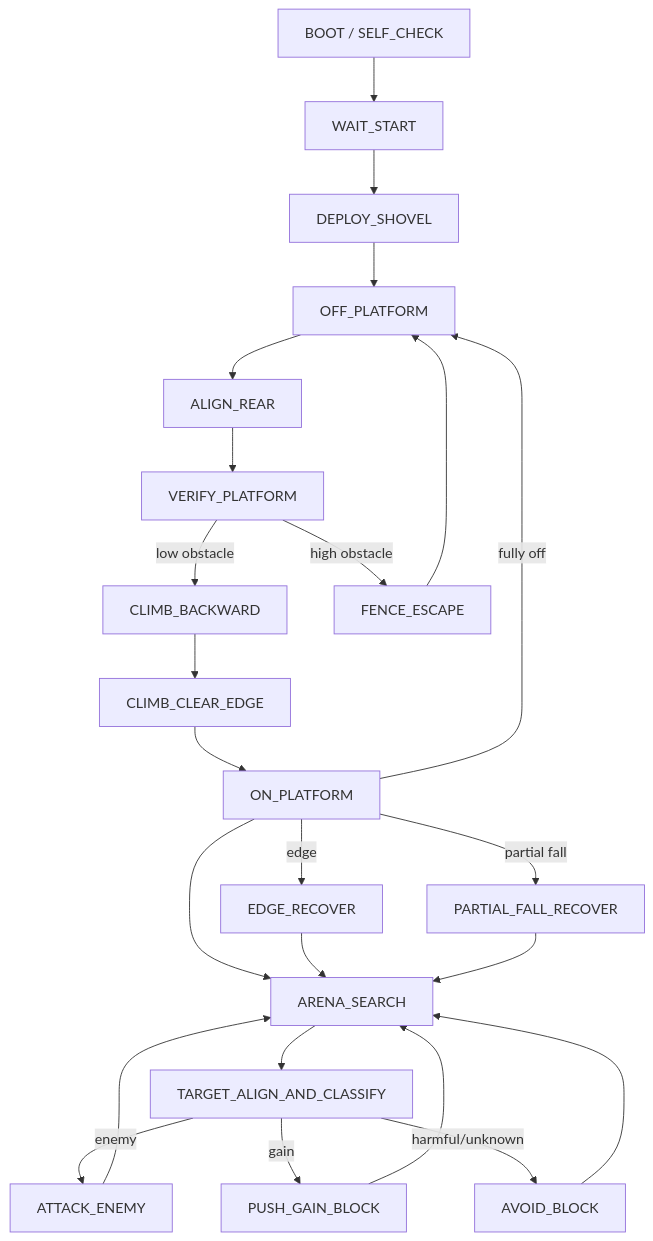
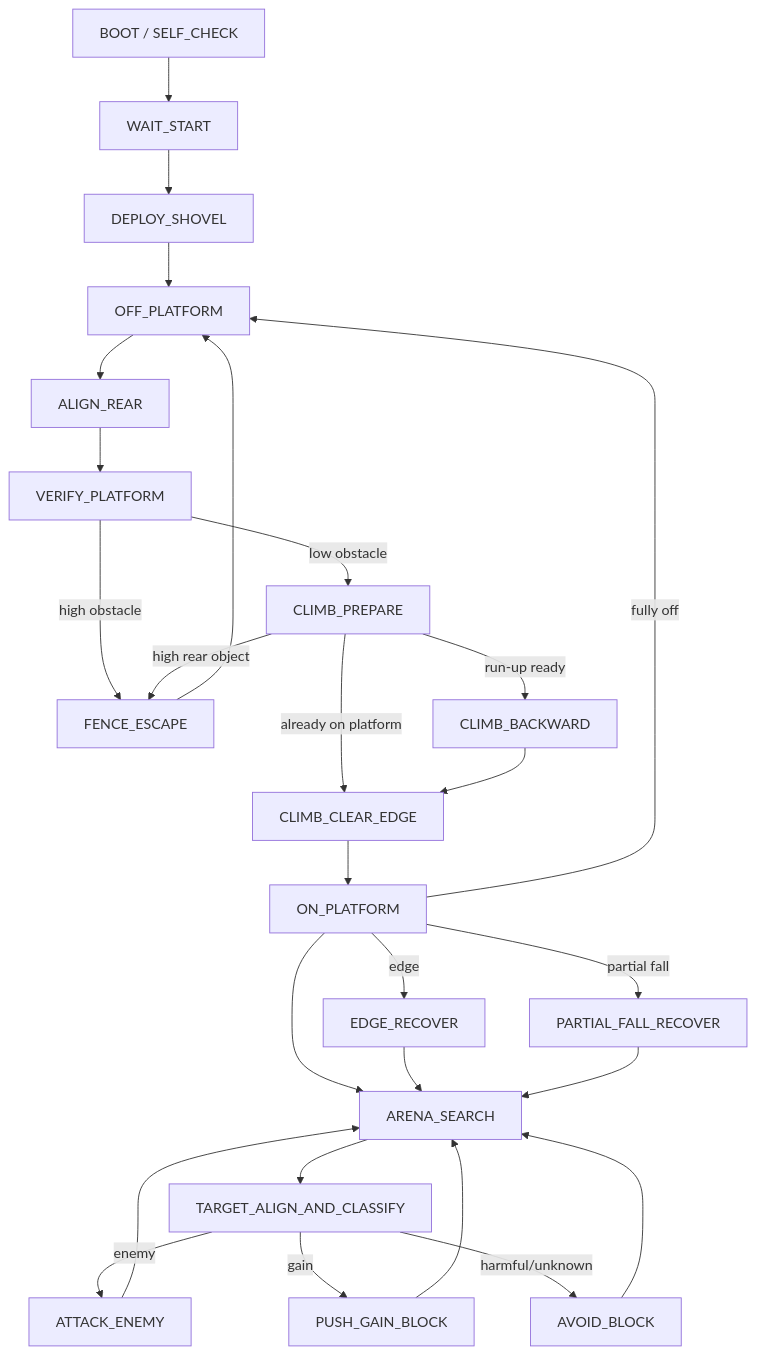
One commit to a-dreaming-alpaca/WheelFight changed the diagram in 0_FinalSourceCode/BEHAVIOR_DESIGN.md. Above: the diagram before and after it, drawn with Mermaid. The commit also changed other lines of this file and 3 other files, not shown here.

````diff
--- a/0_FinalSourceCode/BEHAVIOR_DESIGN.md
+++ b/0_FinalSourceCode/BEHAVIOR_DESIGN.md
@@ -135,26 +135,29 @@
 ```mermaid
 flowchart TD
     BOOT["BOOT / SELF_CHECK"] --> WAIT["WAIT_START"]
     WAIT --> DEPLOY["DEPLOY_SHOVEL"]
     DEPLOY --> GROUND["OFF_PLATFORM"]
     GROUND --> ALIGN["ALIGN_REAR"]
     ALIGN --> VERIFY["VERIFY_PLATFORM"]
-    VERIFY -->|"low obstacle"| CLIMB["CLIMB_BACKWARD"]
+    VERIFY -->|"low obstacle"| PREPARE["CLIMB_PREPARE"]
     VERIFY -->|"high obstacle"| FENCE["FENCE_ESCAPE"]
+    PREPARE -->|"run-up ready"| CLIMB["CLIMB_BACKWARD"]
+    PREPARE -->|"high rear object"| FENCE
+    PREPARE -->|"already on platform"| CLEAR["CLIMB_CLEAR_EDGE"]
     FENCE --> GROUND
-    CLIMB --> CLEAR["CLIMB_CLEAR_EDGE"]
+    CLIMB --> CLEAR
     CLEAR --> ARENA["ON_PLATFORM"]
     ARENA --> SEARCH["ARENA_SEARCH"]
     SEARCH --> TARGET["TARGET_ALIGN_AND_CLASSIFY"]
     TARGET -->|"enemy"| ATTACK["ATTACK_ENEMY"]
     TARGET -->|"gain"| PUSH["PUSH_GAIN_BLOCK"]
     TARGET -->|"harmful/unknown"| AVOID["AVOID_BLOCK"]
     ATTACK --> SEARCH
     PUSH --> SEARCH
     AVOID --> SEARCH
     ARENA -->|"edge"| EDGE["EDGE_RECOVER"]
     EDGE --> SEARCH
     ARENA -->|"partial fall"| PARTIAL["PARTIAL_FALL_RECOVER"]
     PARTIAL --> SEARCH
     ARENA -->|"fully off"| GROUND
 ```
````
